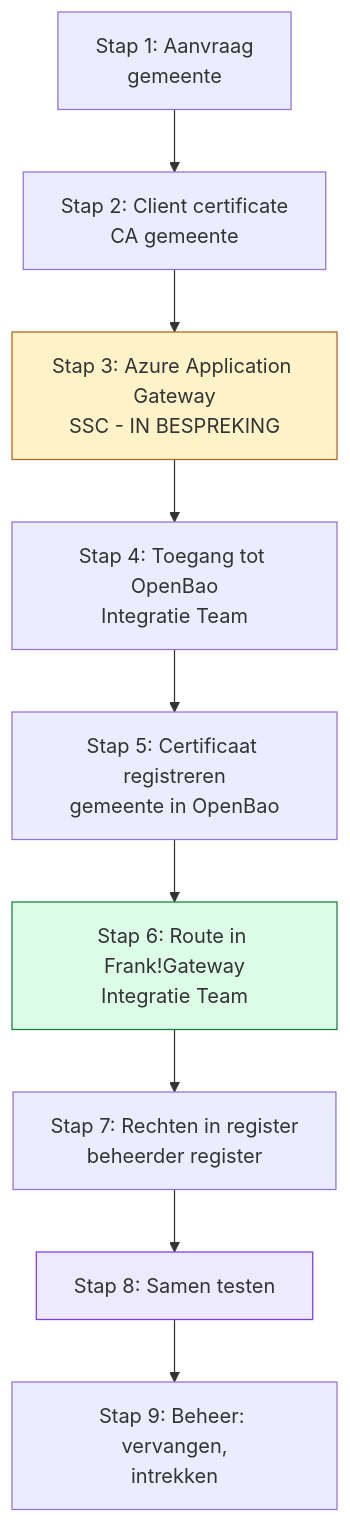
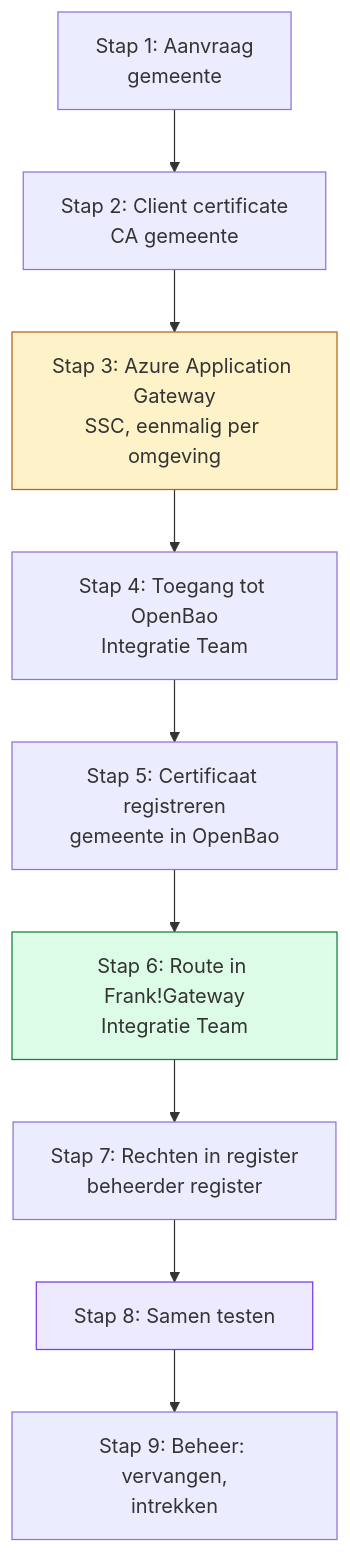
The second of 3 diagrams in charts/podiumd/docs/apps/frankgateway/frankgateway-tsa-setup-and-flow-NL.md (Dimpact-Samenwerking/helm-charts), drawn with Mermaid before and after one commit. The commit also changed other lines of this file and 38 other files, not shown here.

````diff
--- a/charts/podiumd/docs/apps/frankgateway/frankgateway-tsa-setup-and-flow-NL.md
+++ b/charts/podiumd/docs/apps/frankgateway/frankgateway-tsa-setup-and-flow-NL.md
@@ -95,16 +98,16 @@
 ```mermaid
 flowchart TB
   s1["Stap 1: Aanvraag<br/>gemeente"]
   s2["Stap 2: Client certificate<br/>CA gemeente"]
-  s3["Stap 3: Azure Application Gateway<br/>SSC - IN BESPREKING"]
+  s3["Stap 3: Azure Application Gateway<br/>SSC, eenmalig per omgeving"]
   s4["Stap 4: Toegang tot OpenBao<br/>Integratie Team"]
   s5["Stap 5: Certificaat registreren<br/>gemeente in OpenBao"]
   s6["Stap 6: Route in Frank!Gateway<br/>Integratie Team"]
   s7["Stap 7: Rechten in register<br/>beheerder register"]
   s8["Stap 8: Samen testen"]
   s9["Stap 9: Beheer: vervangen,<br/>intrekken"]
   s1 --> s2 --> s3 --> s4 --> s5 --> s6 --> s7 --> s8 --> s9
   style s3 fill:#fdf2c8,stroke:#b5651d
   style s6 fill:#dcfce7,stroke:#15803d
   style s8 fill:#ede9fe,stroke:#7c3aed
 ```
````
